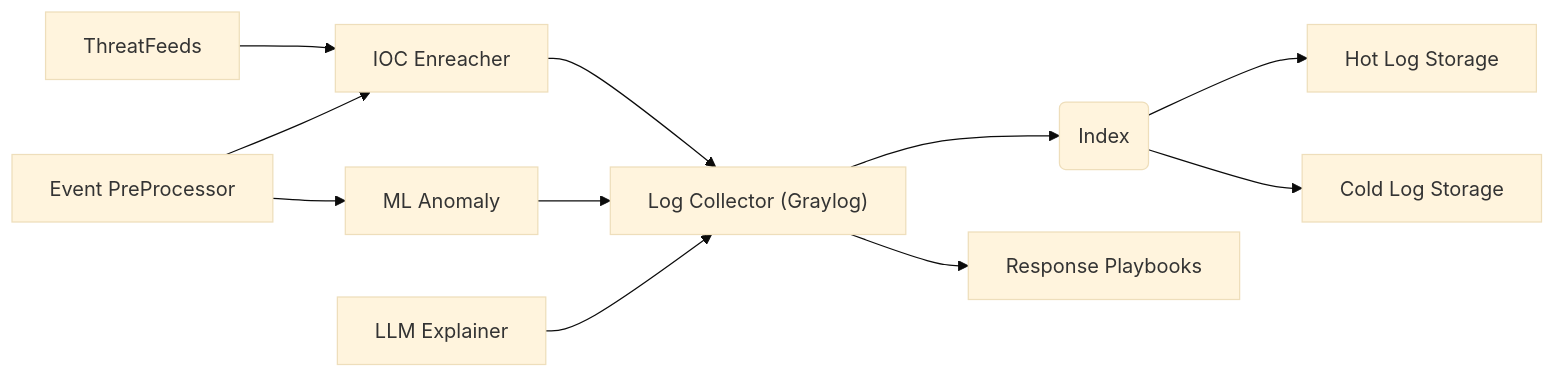
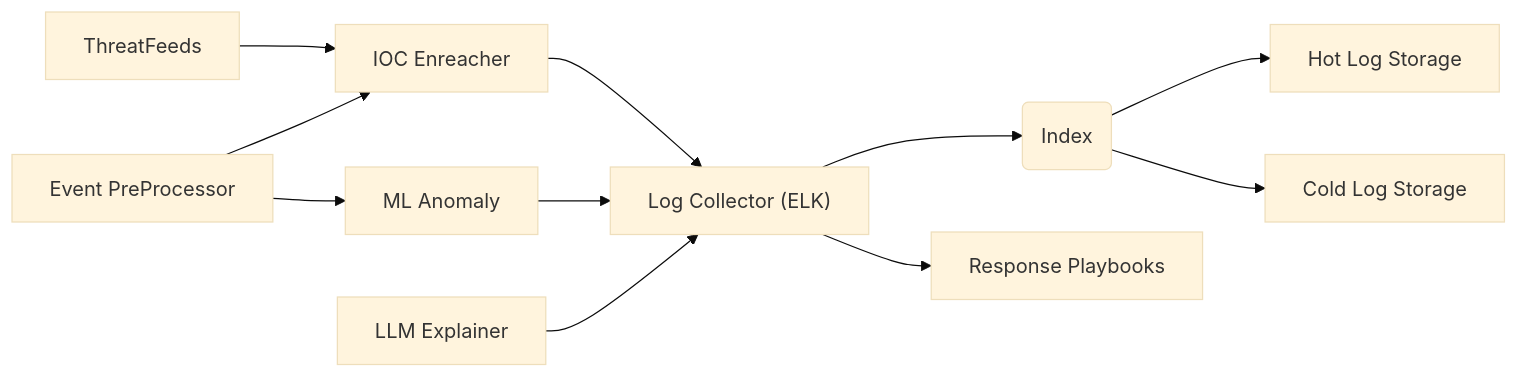
One commit to rothoma2/LibreSIEM changed the diagram in RFQ-01-LibreSIEM-HLD.md. Above: the diagram before and after it, drawn with Mermaid (base theme). The commit also changed other lines of this file, not shown here.

````diff
--- a/RFQ-01-LibreSIEM-HLD.md
+++ b/RFQ-01-LibreSIEM-HLD.md
@@ -22,12 +22,12 @@
 ```mermaid
 graph LR;
     ThreatFeeds[ThreatFeeds] --> B["IOC Enreacher"]
     EventProcessor[Event PreProcessor] --> MLAnomaly["ML Anomaly"]
     EventProcessor --> B
-    B --> Z["Log Collector (Graylog)"] --> C(Index)
+    B --> Z["Log Collector (ELK)"] --> C(Index)
     C --> D[Hot Log Storage]
     C --> E[Cold Log Storage]
     MLAnomaly --> Z
     LLMExplainer["LLM Explainer"] --> Z
     Z --> ResponsePlaybooks["Response Playbooks"]
 ```
````
